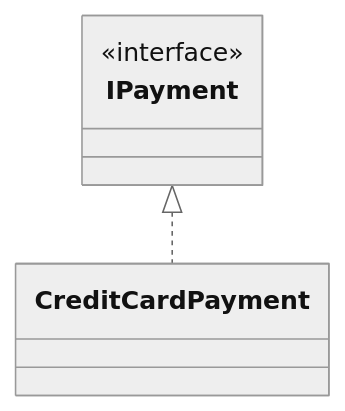
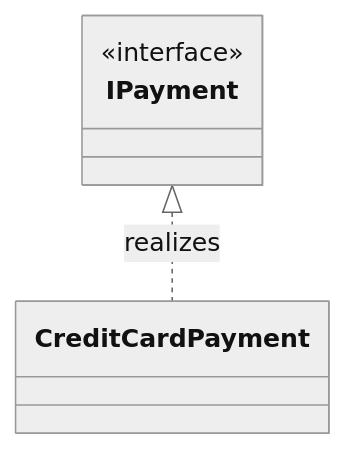
Diagram 13 of 18 in exam-prep/exam1-study-guide.md (jeff-adkisson/swe-4743-spring-2026-oo-design), drawn with Mermaid (neutral theme) before and after one commit. The commit also changed other lines of this file, not shown here.

````diff
--- a/exam-prep/exam1-study-guide.md
+++ b/exam-prep/exam1-study-guide.md
@@ -550,11 +571,11 @@
 ```mermaid
 classDiagram
 direction TB
 
 class IPayment
 <<interface>> IPayment
 
 class CreditCardPayment
 
-IPayment <|.. CreditCardPayment
+IPayment <|.. CreditCardPayment : realizes
 ```
````
